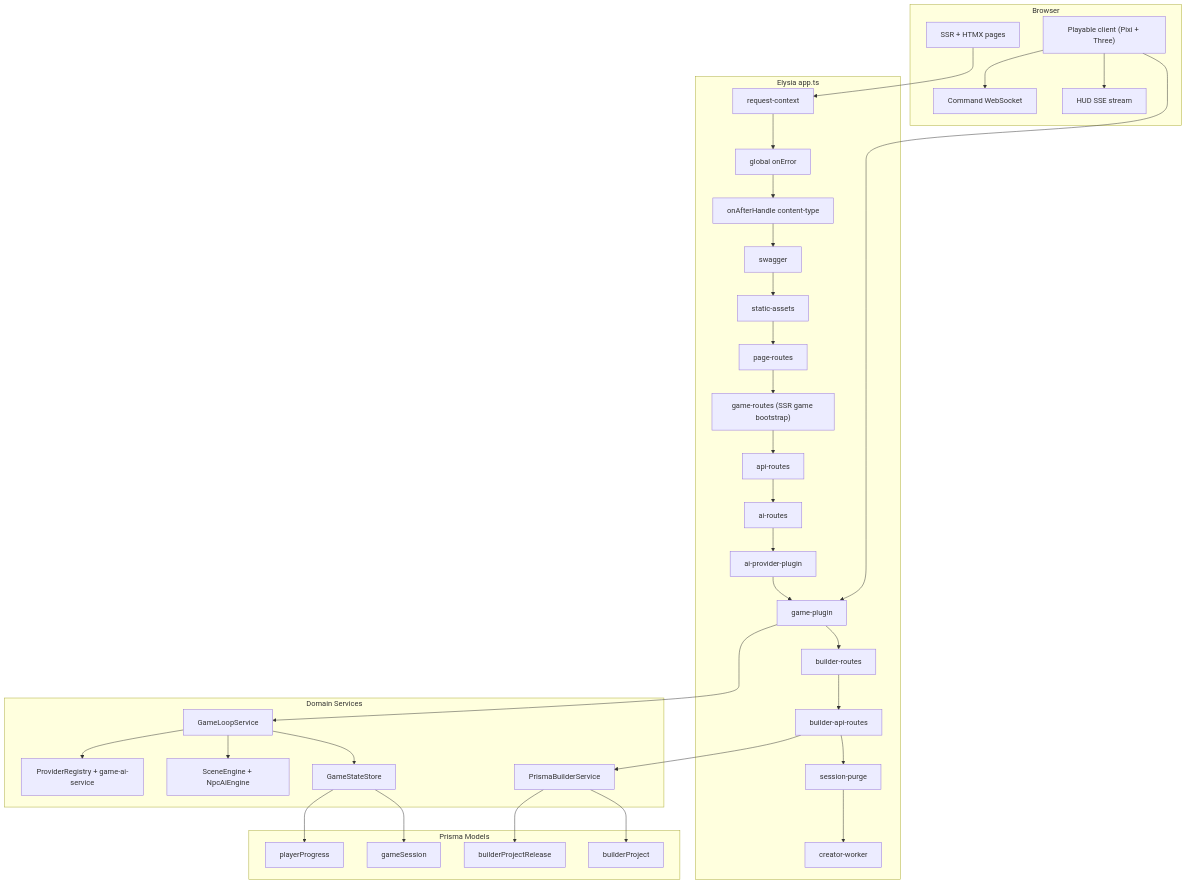
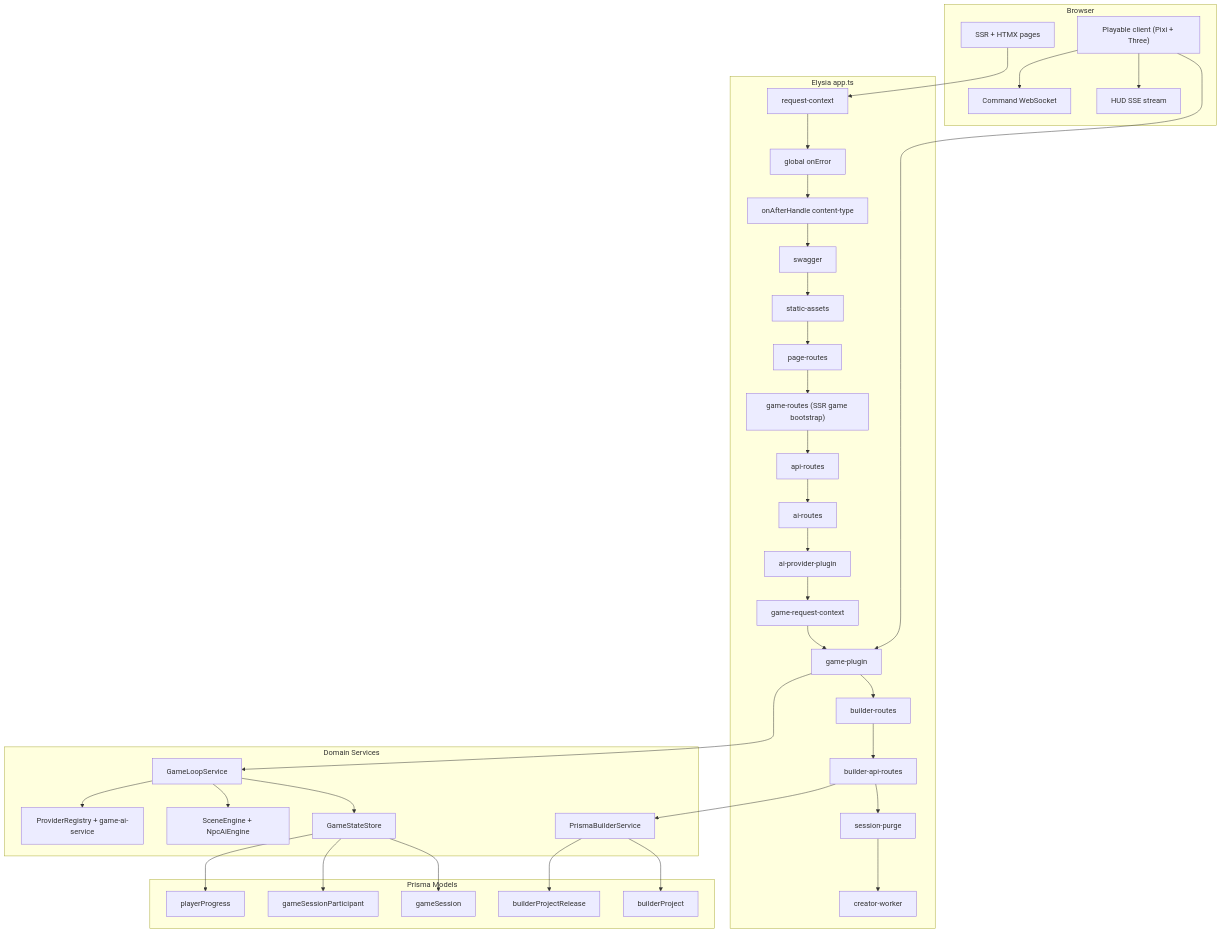
The first of 4 diagrams in ARCHITECTURE.md (d4551/tea), drawn with Mermaid before and after one commit. The commit also changed other lines of this file and 11 other files, not shown here.

Commit message:
Add multiplayer presence and sync architecture docs

````diff
--- a/ARCHITECTURE.md
+++ b/ARCHITECTURE.md
@@ -5,54 +5,57 @@
 ```mermaid
 graph TB
   subgraph Browser["Browser"]
     HOME["SSR + HTMX pages"]
     GAME["Playable client (Pixi + Three)"]
     SSE["HUD SSE stream"]
     WS["Command WebSocket"]
   end
 
   subgraph App["Elysia app.ts"]
     RC["request-context"]
     EH["global onError"]
     CT["onAfterHandle content-type"]
     SW["swagger"]
     SA["static-assets"]
     PR["page-routes"]
     GR["game-routes (SSR game bootstrap)"]
     AR["api-routes"]
     AIR["ai-routes"]
     AIP["ai-provider-plugin"]
+    GRC["game-request-context"]
     GP["game-plugin"]
     BR["builder-routes"]
     BA["builder-api-routes"]
     SP["session-purge"]
     CW["creator-worker"]
   end
 
   subgraph Domain["Domain Services"]
     LOOP["GameLoopService"]
     STORE["GameStateStore"]
     SCENE["SceneEngine + NpcAiEngine"]
     BUILDER["PrismaBuilderService"]
     AI["ProviderRegistry + game-ai-service"]
   end
 
   subgraph Data["Prisma Models"]
     GS["gameSession"]
+    GSP["gameSessionParticipant"]
     PP["playerProgress"]
     BP["builderProject"]
     BPR["builderProjectRelease"]
   end
 
   HOME --> RC
   GAME --> GP
   GAME --> SSE
   GAME --> WS
-  RC --> EH --> CT --> SW --> SA --> PR --> GR --> AR --> AIR --> AIP --> GP --> BR --> BA --> SP --> CW
+  RC --> EH --> CT --> SW --> SA --> PR --> GR --> AR --> AIR --> AIP --> GRC --> GP --> BR --> BA --> SP --> CW
   GP --> LOOP --> STORE --> GS
+  STORE --> GSP
   LOOP --> SCENE
   LOOP --> AI
   STORE --> PP
   BA --> BUILDER --> BP
   BUILDER --> BPR
 ```
````
